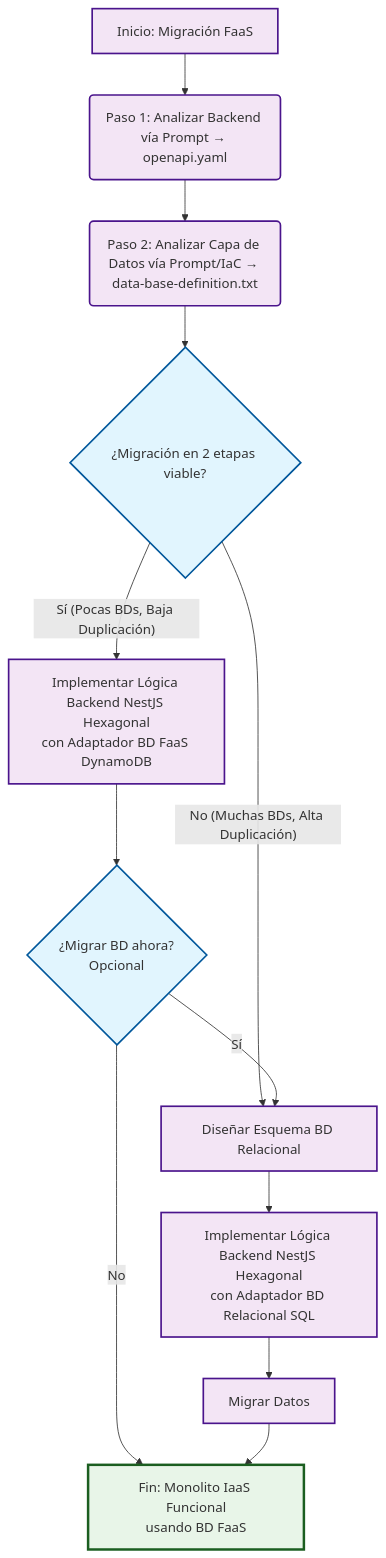
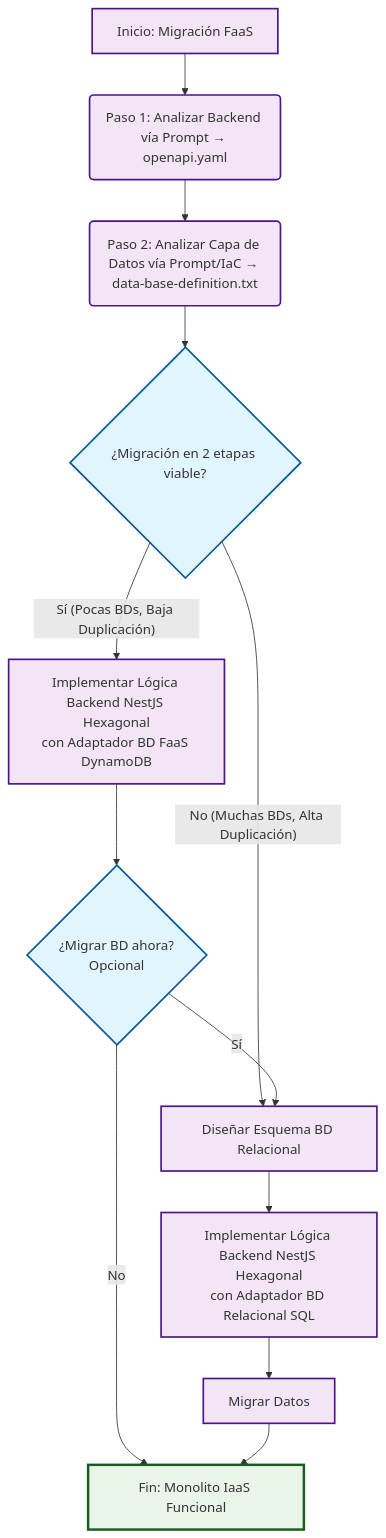
Before and after one commit to vifor/faas-to-iaas-migration-framework: the diagram in docs/framework-flow-es.md, drawn with Mermaid. The commit also changed 1 other file, not shown here.

Commit message:
docs: Fix inconsistent final state in framework flow diagram
- Update final state from 'Functional IaaS Monolith using FaaS DB' to 'Functional IaaS Monolith'
- Remove database type specification from final state for consistency across all migration paths
- Ensure final state accurately represents outcome regardless of database migration choice
- Apply fix to both English and Spanish versions of framework documentation

````diff
--- a/docs/framework-flow-es.md
+++ b/docs/framework-flow-es.md
@@ -7,29 +7,29 @@
 ```mermaid
 flowchart TD
     A[Inicio: Migración FaaS] --> B(Paso 1: Analizar Backend vía Prompt → openapi.yaml)
     B --> C(Paso 2: Analizar Capa de Datos vía Prompt/IaC → data-base-definition.txt)
     C --> D{¿Migración en 2 etapas viable?}
 
     %% Camino Unificado - Define los pasos de BD
     D -->|"No (Muchas BDs, Alta Duplicación)"| L[Diseñar Esquema BD Relacional]
     L --> M[Implementar Lógica Backend NestJS Hexagonal<br>con Adaptador BD Relacional SQL]
     M --> N[Migrar Datos]
 
     %% Camino de 2 Etapas - Reutiliza pasos de BD
     D -->|"Sí (Pocas BDs, Baja Duplicación)"| E[Implementar Lógica Backend NestJS Hexagonal<br>con Adaptador BD FaaS DynamoDB]
     E --> G{¿Migrar BD ahora?<br>Opcional}
-    G -->|No| H[Fin: Monolito IaaS Funcional<br>usando BD FaaS]
+    G -->|No| H[Fin: Monolito IaaS Funcional]
     G -->|Sí| L
 
     %% Finalización - Todas las rutas convergen aquí
     N --> H
 
     %% Estilos
     classDef decisionNode fill:#e1f5fe,stroke:#01579b,stroke-width:2px
     classDef processNode fill:#f3e5f5,stroke:#4a148c,stroke-width:2px
     classDef endNode fill:#e8f5e8,stroke:#1b5e20,stroke-width:3px
     
     class D,G decisionNode
     class A,B,C,E,L,M,N processNode
     class H endNode
 ```
````
